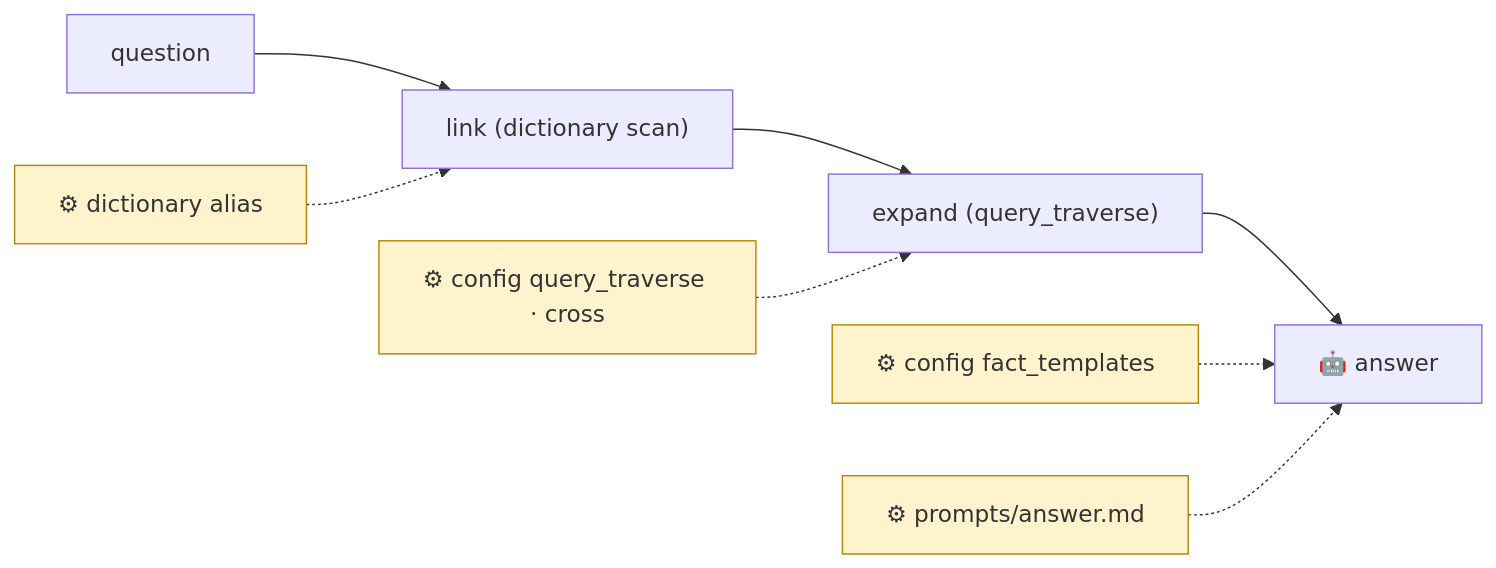
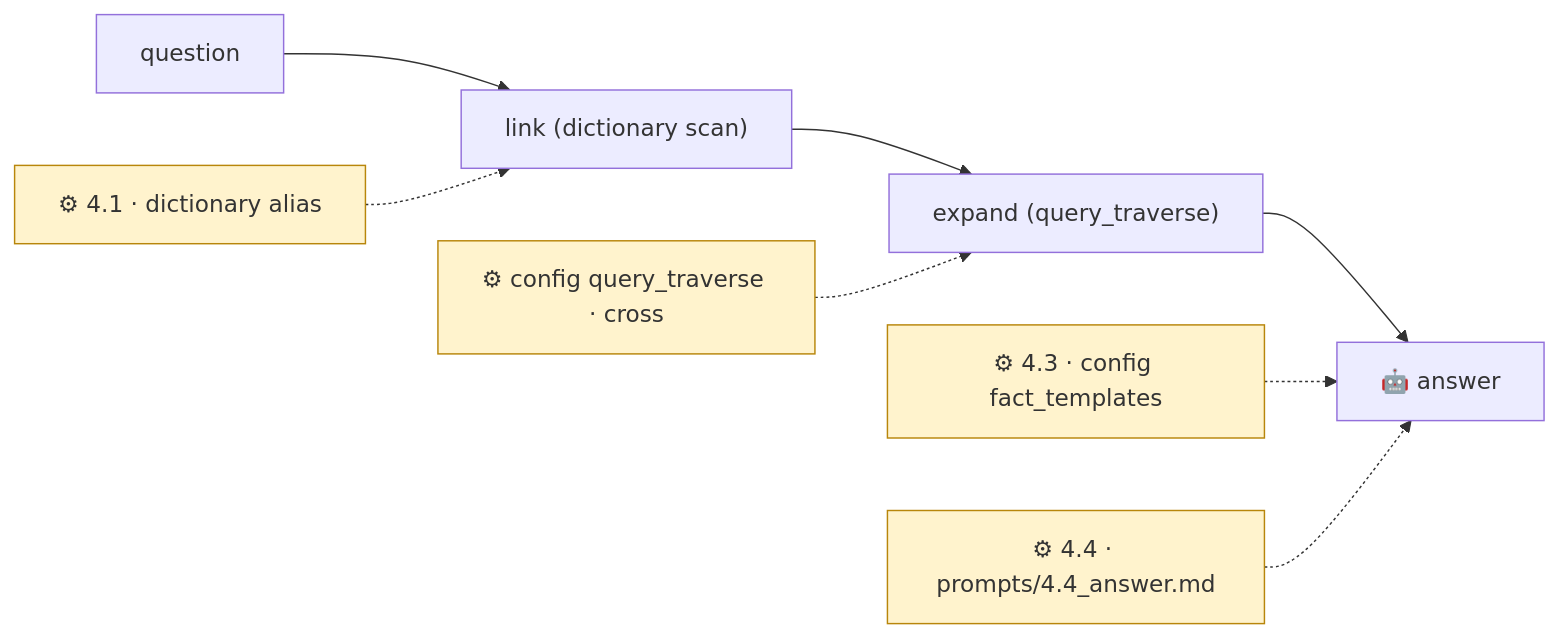
The fourth of 4 diagrams in docs/구조도/05_조절_지도.md (playjae0/ontology_system), drawn with Mermaid before and after one commit. The commit also changed other lines of this file and 12 other files, not shown here.

````diff
--- a/docs/구조도/05_조절_지도.md
+++ b/docs/구조도/05_조절_지도.md
@@ -69,9 +69,9 @@
 ```mermaid
 flowchart LR
   L["question"] --> M["link (dictionary scan)"] --> N["expand (query_traverse)"] --> O["🤖 answer"]
-  R1["⚙ dictionary alias"]:::knob -.-> M
+  R1["⚙ 4.1 · dictionary alias"]:::knob -.-> M
   R2["⚙ config query_traverse · cross"]:::knob -.-> N
-  R3["⚙ config fact_templates"]:::knob -.-> O
-  R4["⚙ prompts/answer.md"]:::knob -.-> O
+  R3["⚙ 4.3 · config fact_templates"]:::knob -.-> O
+  R4["⚙ 4.4 · prompts/4.4_answer.md"]:::knob -.-> O
   classDef knob fill:#fff3cd,stroke:#b8860b
 ```
````
